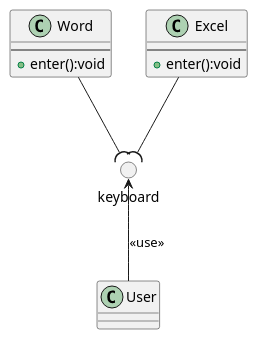
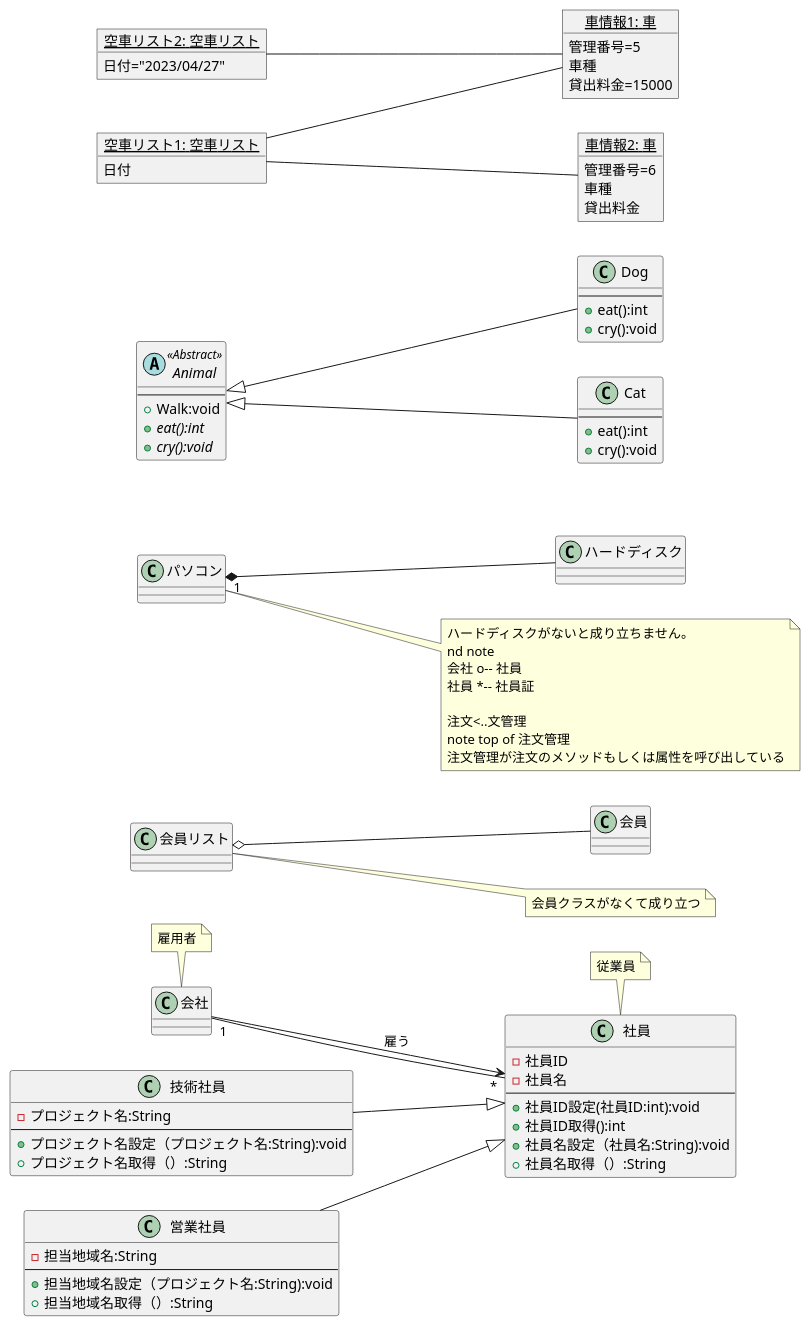
One commit to sakamotoshuri/uml_introduction changed the diagram in 例題3-2_CL_会社.pu. Above: the diagram before and after it, drawn with PlantUML. The commit also changed 12 other files, not shown here.

```diff
--- a/例題3-2_CL_会社.pu
+++ b/例題3-2_CL_会社.pu
@@ -1,86 +1,91 @@
 @startuml 例題
-' left to right direction
-' class 会社 {}
-' class 社員 {}
-' ' 会社 --> 社員:雇う
-' 会社 "1" -- "*" 社員
-' note top of 会社:雇用者
-' note top of 社員:従業員
+left to right direction
+class 会社 {}
+class 社員 {}
+会社 --> 社員:雇う
+会社 "1" -- "*" 社員
+note top of 会社:雇用者
+note top of 社員:従業員
 
-' 会員リスト o-- 会員
-' note right of 会員リスト
-' 会員クラスがなくて成り立つ
-' end note
+会員リスト o-- 会員
+note right of 会員リスト
+会員クラスがなくて成り立つ
+end note
 
-' パソコン "1" *-- ハードディスク
-' note right of パソコン
-' ハードディスクがないと成り立ちません。
-' nd note
-' 会社 o-- 社員
-' 社員 *-- 社員証
+パソコン "1" *-- ハードディスク
+note right of パソコン
+ハードディスクがないと成り立ちません。
+nd note
+会社 o-- 社員
+社員 *-- 社員証
 
-' 注文<..文管理
-' note top of 注文管理
-' 注文管理が注文のメソッドもしくは属性を呼び出している
-' end note
+注文<..文管理
+note top of 注文管理
+注文管理が注文のメソッドもしくは属性を呼び出している
+end note
 
-' class 社員{
-' - 社員ID
-' - 社員名
-' ---
-' + 社員ID設定(社員ID:int):void
-' + 社員ID取得():int
-' + 社員名設定（社員名:String):void
-' + 社員名取得（）:String
-' }
-' class 技術社員{
-' - プロジェクト名:String
-' ---
-' + プロジェクト名設定（プロジェクト名:String):void
-' + プロジェクト名取得（）:String
-' }
-' class 営業社員{
-' - 担当地域名:String
-' ---
-' + 担当地域名設定（プロジェクト名:String):void
-' + 担当地域名取得（）:String
-' }
-' ' 社員<|--down- 技術社員
-' ' 社員<|--down- 営業社員
-' 技術社員 --|> 社員
-' 営業社員 --|> 社員
+class 社員{
+- 社員ID
+- 社員名
+---
++ 社員ID設定(社員ID:int):void
++ 社員ID取得():int
++ 社員名設定（社員名:String):void
++ 社員名取得（）:String
+}
+class 技術社員{
+- プロジェクト名:String
+---
++ プロジェクト名設定（プロジェクト名:String):void
++ プロジェクト名取得（）:String
+}
+class 営業社員{
+- 担当地域名:String
+---
++ 担当地域名設定（プロジェクト名:String):void
++ 担当地域名取得（）:String
+}
+' 社員<|--down- 技術社員
+' 社員<|--down- 営業社員
+技術社員 --|> 社員
+営業社員 --|> 社員
 
-' Abstract class Animal <<Abstract>> {
-' ---
-' + Walk:void
-' + {abstract} eat():int
-' + {abstract} cry():void
-' }
-' class Dog {
-' ---
-' + eat():int
-' + cry():void
-' }
-' class Cat {
-' ---
-' + eat():int
-' + cry():void
-' }
-' Animal <|-down- Dog
-' Animal <|-down- Cat
+Abstract class Animal <<Abstract>> {
+---
++ Walk:void
++ {abstract} eat():int
++ {abstract} cry():void
+}
+class Dog {
+---
++ eat():int
++ cry():void
+}
+class Cat {
+---
++ eat():int
++ cry():void
+}
+Animal <|-down- Dog
+Animal <|-down- Cat
 
-class Word {
----
-+ enter():void
+object "<u>空車リスト2: 空車リスト</u>" as k2 {
+日付="2023/04/27"
 }
-class Excel {
----
-+ enter():void
+object "<u>空車リスト1: 空車リスト</u>" as k1 {
+日付
 }
-circle "keyboard" as I1
-Word --( I1
-Excel --( I1
-class User {
+object "<u>車情報1: 車</u>" as car1 {
+管理番号=5
+車種
+貸出料金=15000
 }
-I1 <-- User:<< use >>
+object "<u>車情報2: 車</u>" as car2 {
+管理番号=6
+車種
+貸出料金
+}
+k1 -- car1
+k1 -- car2
+k2 -- car1
 @enduml1
```
